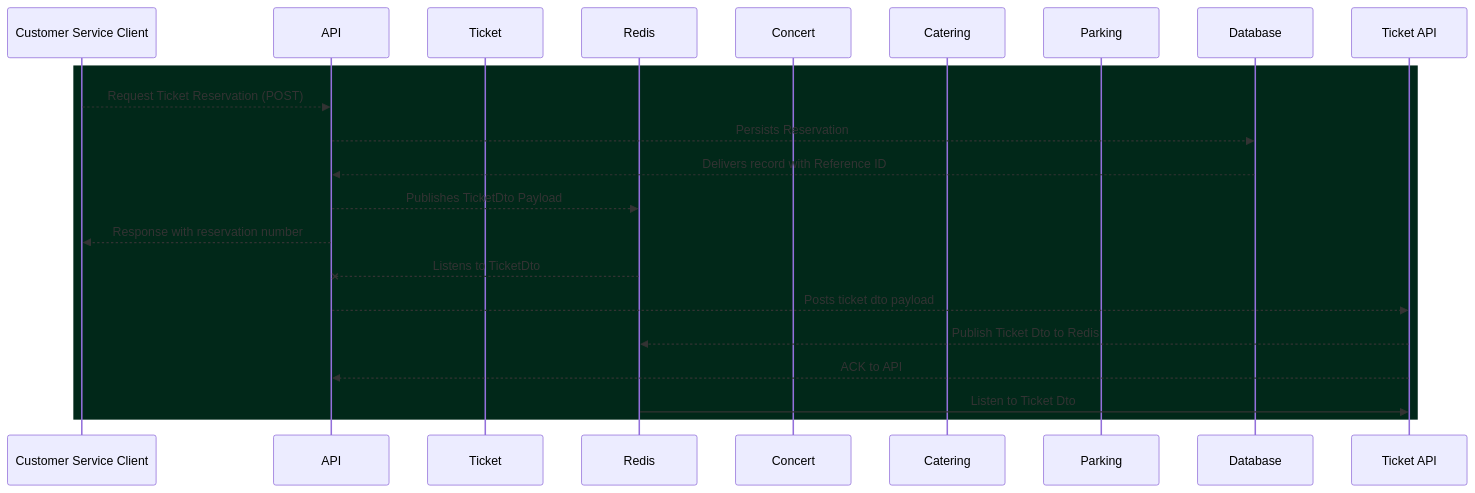
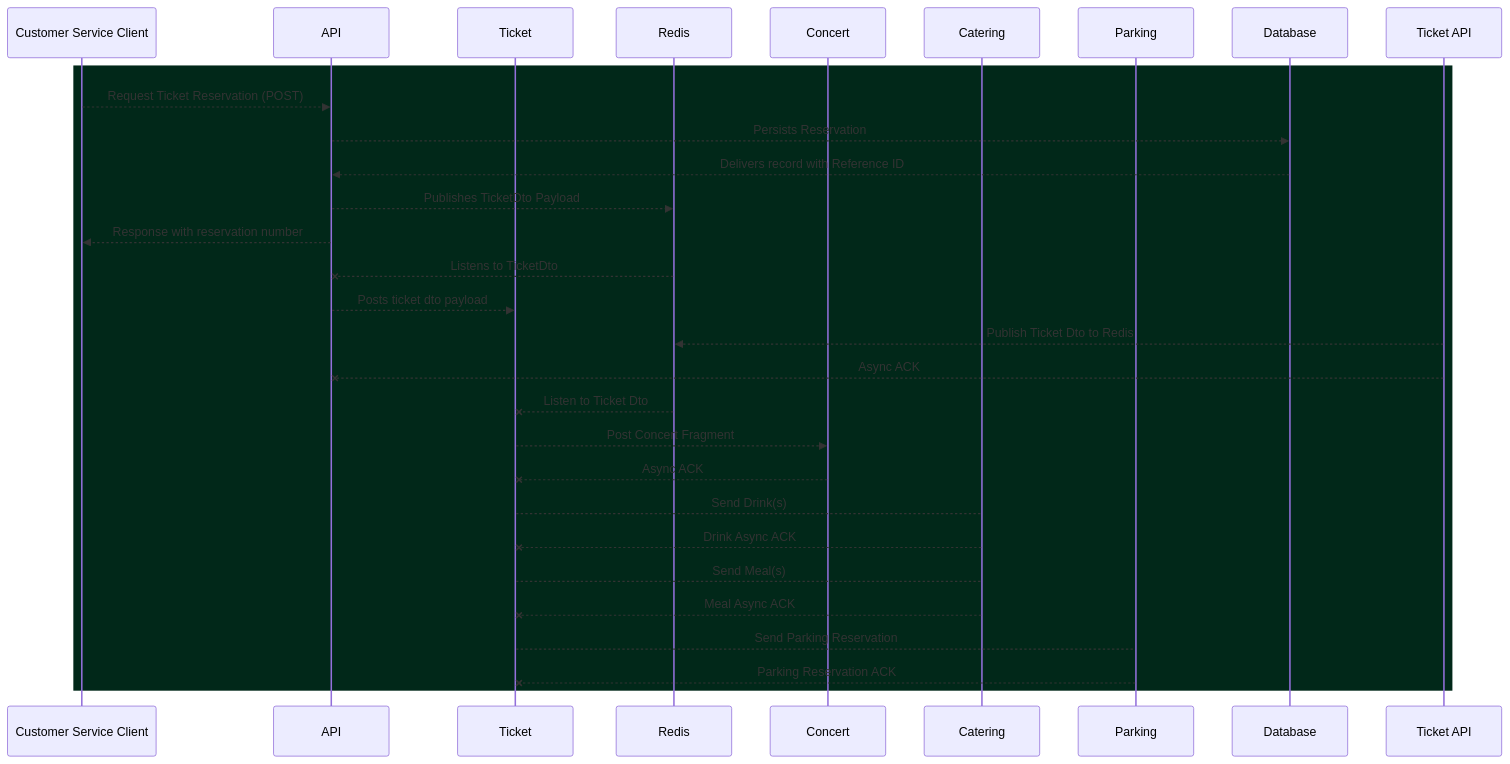
One commit to jesperancinha/buy-odd-yucca-concert changed the diagram in Readme.md. Above: the diagram before and after it, drawn with Mermaid.

Commit message:
🌿🇺🇦🕊 Sequence diagram update

````diff
--- a/Readme.md
+++ b/Readme.md
@@ -153,25 +153,32 @@
 ```mermaid
 sequenceDiagram
     participant Customer Service Client
     participant API
     participant Ticket
     participant Redis
     participant Concert
     participant Catering
     participant Parking
     participant Database
     
     rect rgb(1,40,25)
         Customer Service Client -->> API: Request Ticket Reservation (POST)
         API -->> Database: Persists Reservation
         Database -->> API: Delivers record with Reference ID
         API -->> Redis: Publishes TicketDto Payload
         API -->> Customer Service Client: Response with reservation number
         Redis --x API: Listens to TicketDto
-        API -->> Ticket API: Posts ticket dto payload
+        API -->> Ticket: Posts ticket dto payload
         Ticket API -->> Redis: Publish Ticket Dto to Redis
-        Ticket API -->> API: ACK to API
-        Redis ->> Ticket API: Listen to Ticket Dto
-       
+        Ticket API --x API: Async ACK
+        Redis --x Ticket: Listen to Ticket Dto
+        Ticket -->> Concert: Post Concert Fragment
+        Concert --x Ticket: Async ACK
+        Ticket --> Catering: Send Drink(s)
+        Catering --x Ticket: Drink Async ACK
+        Ticket --> Catering: Send Meal(s)
+        Catering --x Ticket: Meal Async ACK
+        Ticket --> Parking: Send Parking Reservation
+        Parking --x Ticket: Parking Reservation ACK
     end
 ```
````
